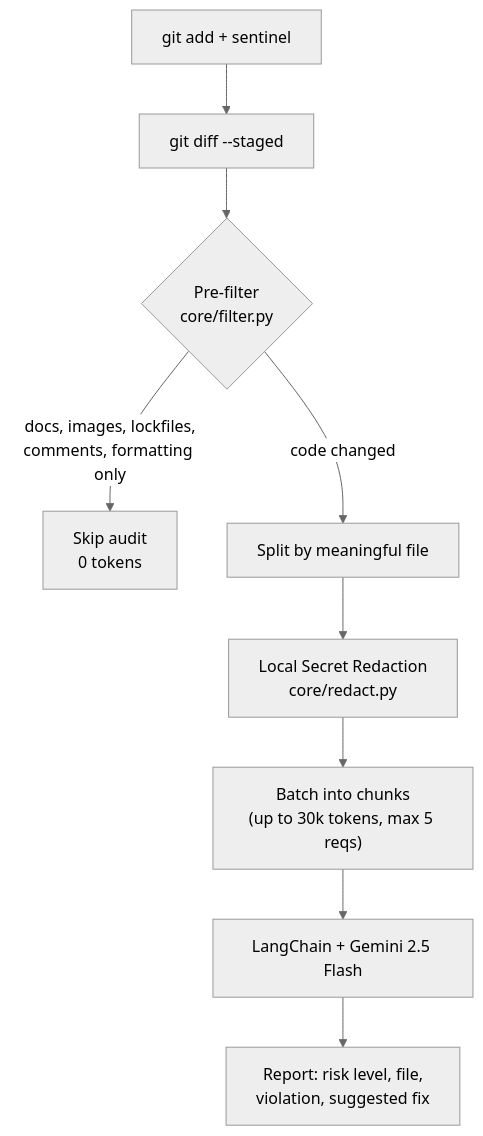
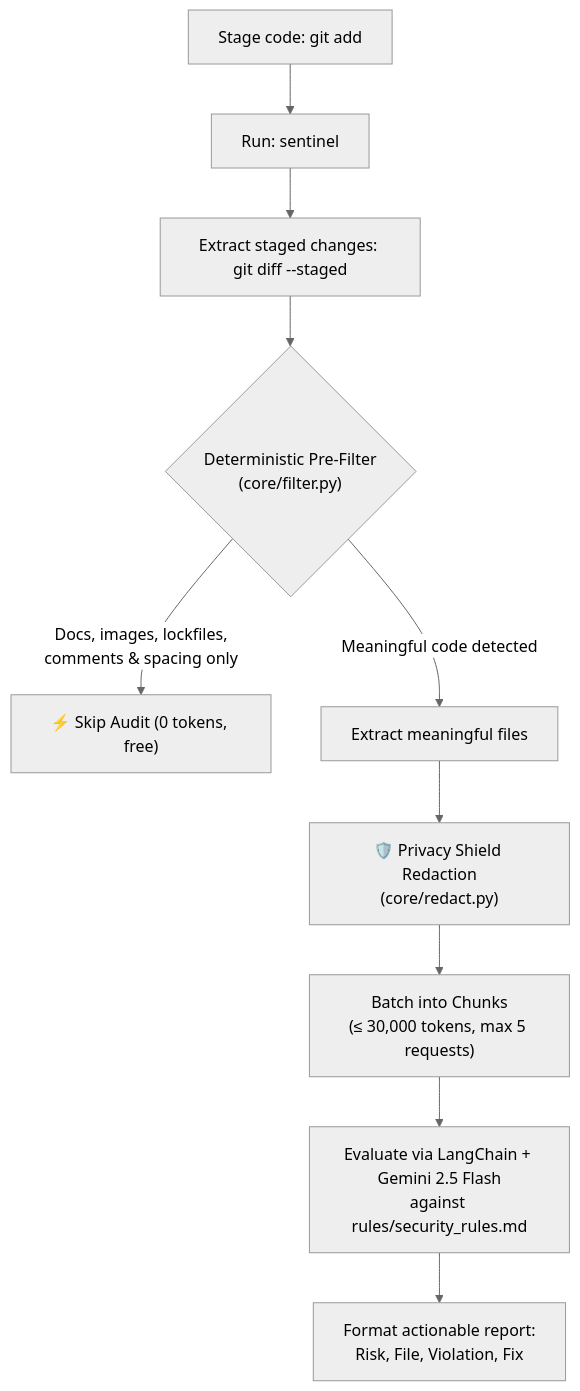
One commit to SHREYASHSINGHAI/Sentinel-Code changed the diagram in README.md. Above: the diagram before and after it, drawn with Mermaid (neutral theme). The commit also changed other lines of this file and 2 other files, not shown here.

````diff
--- a/README.md
+++ b/README.md
@@ -25,11 +33,14 @@
 ```mermaid
 flowchart TD
-    A["git add + sentinel"] --> B["git diff --staged"]
-    B --> C{"Pre-filter<br/>core/filter.py"}
-    C -- "docs, images, lockfiles,<br/>comments, formatting only" --> D["Skip audit<br/>0 tokens"]
-    C -- "code changed" --> E["Split by meaningful file"]
-    E --> F["Local Secret Redaction<br/>core/redact.py"]
-    F --> G["Batch into chunks<br/>(up to 30k tokens, max 5 reqs)"]
-    G --> H["LangChain + Gemini 2.5 Flash"]
-    H --> I["Report: risk level, file,<br/>violation, suggested fix"]
+    A["Stage code: git add"] --> B["Run: sentinel"]
+    B --> C["Extract staged changes: git diff --staged"]
+    C --> D{"Deterministic Pre-Filter<br/>(core/filter.py)"}
+    
+    D -- "Docs, images, lockfiles,<br/>comments & spacing only" --> E["⚡ Skip Audit (0 tokens, free)"]
+    
+    D -- "Meaningful code detected" --> F["Extract meaningful files"]
+    F --> G["🛡️ Privacy Shield Redaction<br/>(core/redact.py)"]
+    G --> H["Batch into Chunks<br/>(≤ 30,000 tokens, max 5 requests)"]
+    H --> I["Evaluate via LangChain + Gemini 2.5 Flash<br/>against rules/security_rules.md"]
+    I --> J["Format actionable report:<br/>Risk, File, Violation, Fix"]
 ```
````
